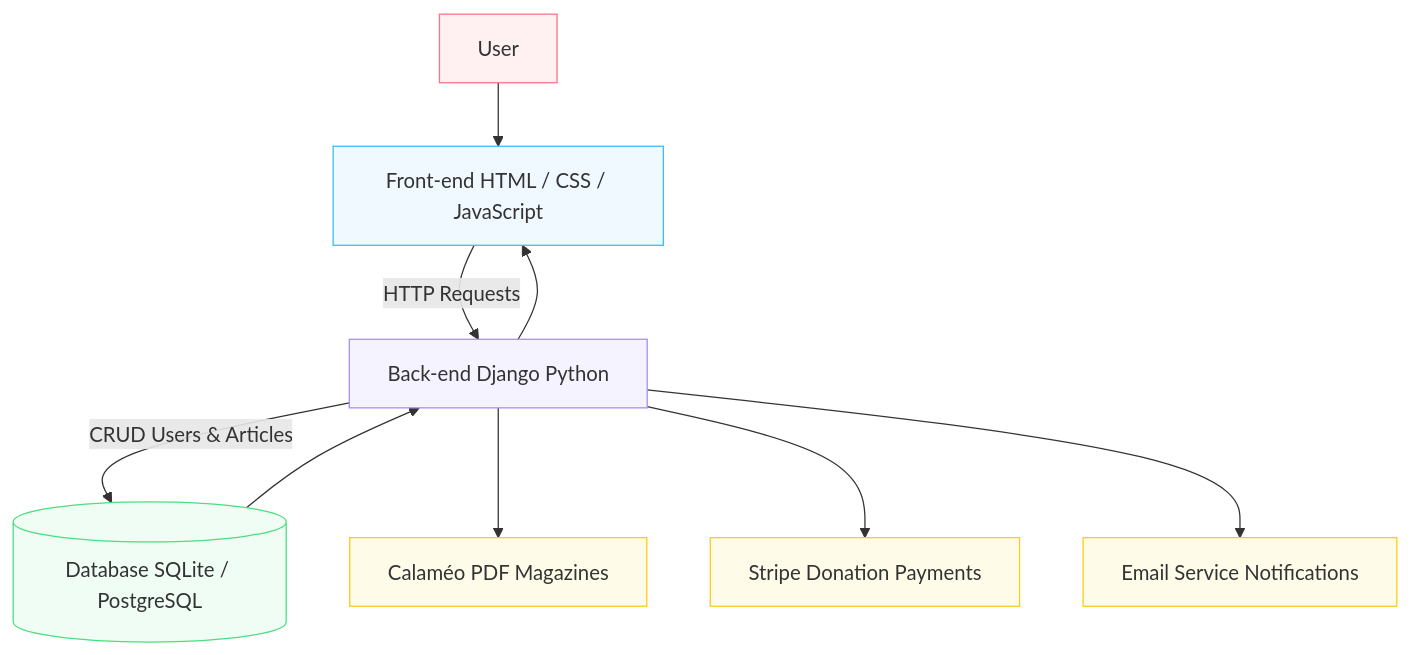
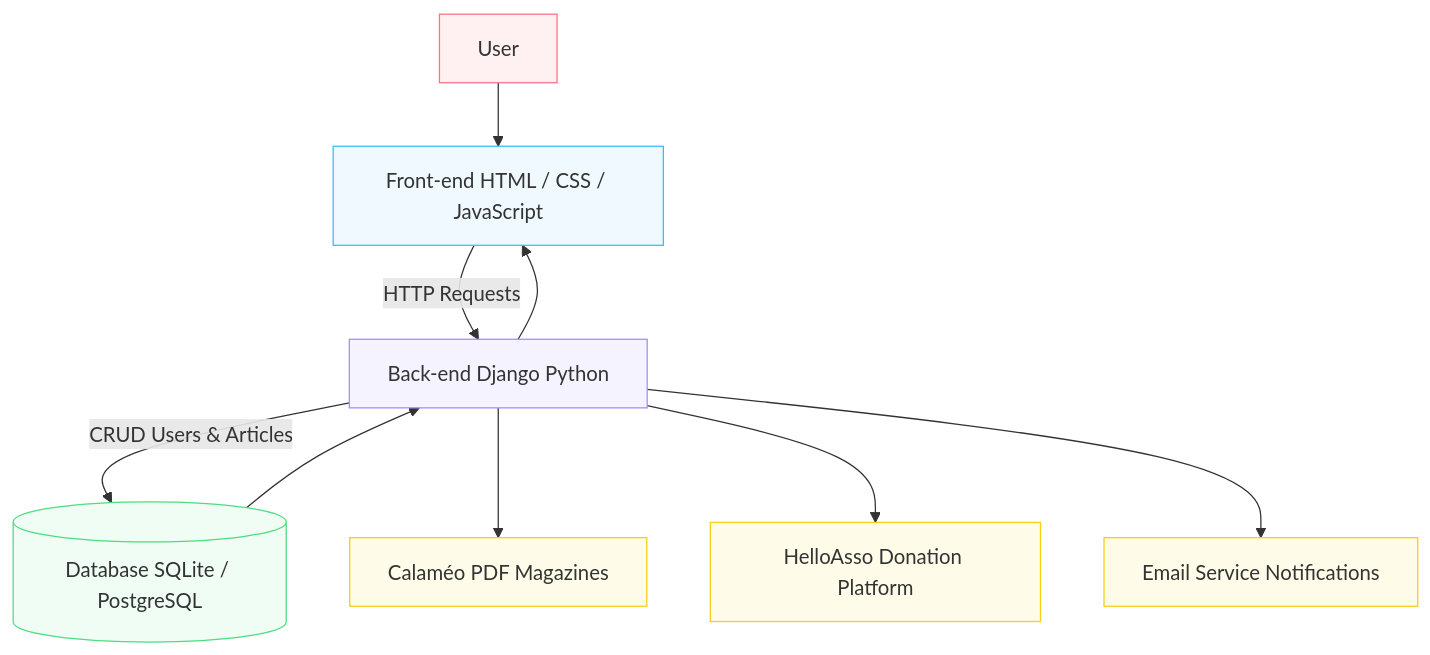
The first of 4 diagrams in README.md (Gigi-Corlay/portfolioLionessMagazine), drawn with Mermaid before and after one commit. The commit also changed other lines of this file, not shown here.

First line of the commit message:
Replace Stripe with HelloAsso for donations

````diff
--- a/README.md
+++ b/README.md
@@ -39,34 +5,37 @@
 ```mermaid
 flowchart TD
 
 U[User]
 FE[Front-end HTML / CSS / JavaScript]
 BE[Back-end Django Python]
 DB[(Database SQLite / PostgreSQL)]
+
 CAL[Calaméo PDF Magazines]
-STRIPE[Stripe Donation Payments]
+HELLOASSO[HelloAsso Donation Platform]
 EMAIL[Email Service Notifications]
 
 U --> FE
 FE -->|HTTP Requests| BE
+
 BE -->|CRUD Users & Articles| DB
 DB --> BE
 BE --> FE
+
 BE --> CAL
-BE --> STRIPE
+BE --> HELLOASSO
 BE --> EMAIL
 
 classDef userNode stroke:#fb7185,fill:#fff1f2
 classDef frontendNode stroke:#38bdf8,fill:#f0f9ff
 classDef backendNode stroke:#a78bfa,fill:#f5f3ff
 classDef databaseNode stroke:#4ade80,fill:#f0fdf4
 classDef externalNode stroke:#facc15,fill:#fefce8
 
 class U userNode
 class FE frontendNode
 class BE backendNode
 class DB databaseNode
 class CAL externalNode
-class STRIPE externalNode
+class HELLOASSO externalNode
 class EMAIL externalNode
 ```
````
